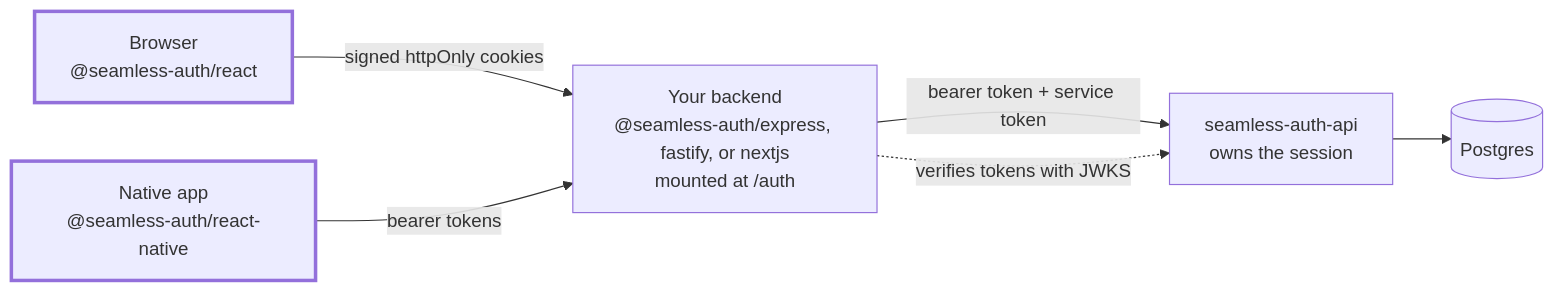
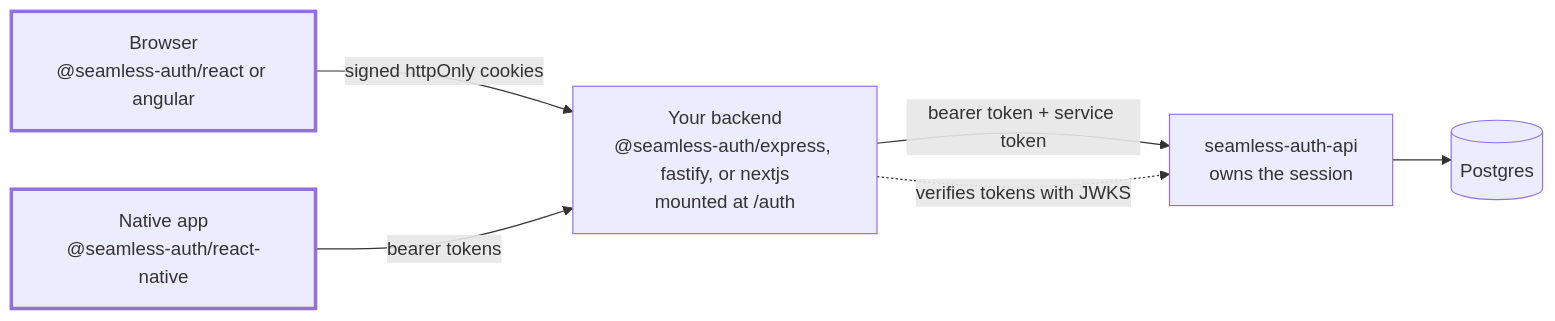
Before and after one commit to fells-code/seamless-auth-react: the diagram in README.md, drawn with Mermaid. The commit also changed other lines of this file and 81 other files, not shown here.

First line of the commit message:
feat(angular): add @seamless-auth/angular bindings (#173)

````diff
--- a/README.md
+++ b/README.md
@@ -23,10 +25,10 @@
 ```mermaid
 flowchart LR
-  browser["Browser<br/>@seamless-auth/react"] -- "signed httpOnly cookies" --> backend
+  browser["Browser<br/>@seamless-auth/react or angular"] -- "signed httpOnly cookies" --> backend
   native["Native app<br/>@seamless-auth/react-native"] -- "bearer tokens" --> backend
   backend["Your backend<br/>@seamless-auth/express, fastify, or nextjs<br/>mounted at /auth"] -- "bearer token + service token" --> api
   api["seamless-auth-api<br/>owns the session"] --> db[("Postgres")]
   backend -. "verifies tokens with JWKS" .-> api
   style browser stroke-width:3px
   style native stroke-width:3px
 ```
````
